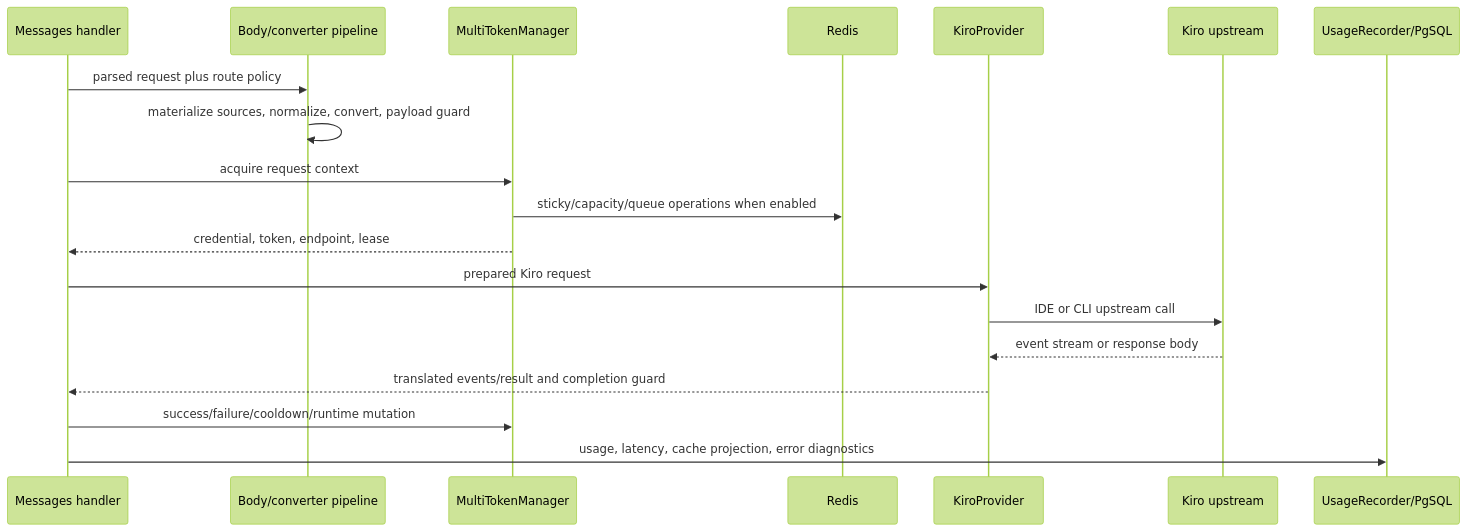
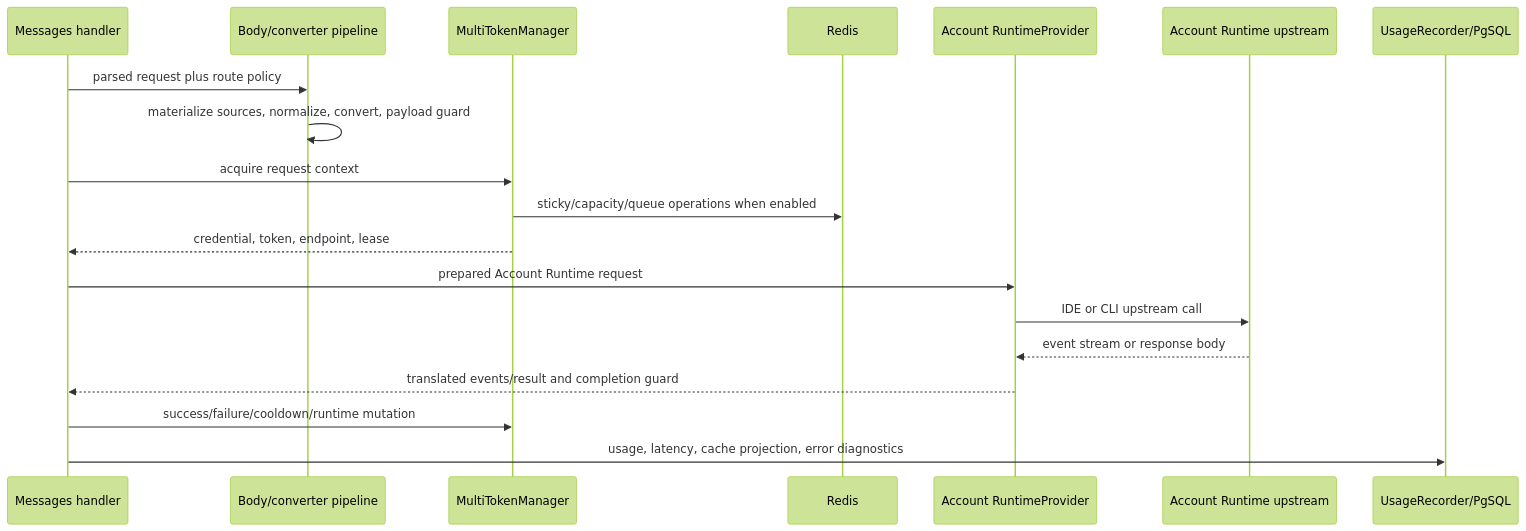
Before and after one commit to 2ue/kiro.rs: the second of 4 diagrams in docs/plantree/baseline/runtime-flows.md, drawn with Mermaid (forest theme). The commit also changed other lines of this file and 620 other files, not shown here.

````diff
--- a/docs/plantree/baseline/runtime-flows.md
+++ b/docs/plantree/baseline/runtime-flows.md
@@ -59,22 +59,22 @@
 ```mermaid
 sequenceDiagram
     participant H as Messages handler
     participant B as Body/converter pipeline
     participant S as MultiTokenManager
     participant R as Redis
-    participant P as KiroProvider
-    participant K as Kiro upstream
+    participant P as Account RuntimeProvider
+    participant K as Account Runtime upstream
     participant U as UsageRecorder/PgSQL
 
     H->>B: parsed request plus route policy
     B->>B: materialize sources, normalize, convert, payload guard
     H->>S: acquire request context
     S->>R: sticky/capacity/queue operations when enabled
     S-->>H: credential, token, endpoint, lease
-    H->>P: prepared Kiro request
+    H->>P: prepared Account Runtime request
     P->>K: IDE or CLI upstream call
     K-->>P: event stream or response body
     P-->>H: translated events/result and completion guard
     H->>S: success/failure/cooldown/runtime mutation
     H->>U: usage, latency, cache projection, error diagnostics
 ```
````
